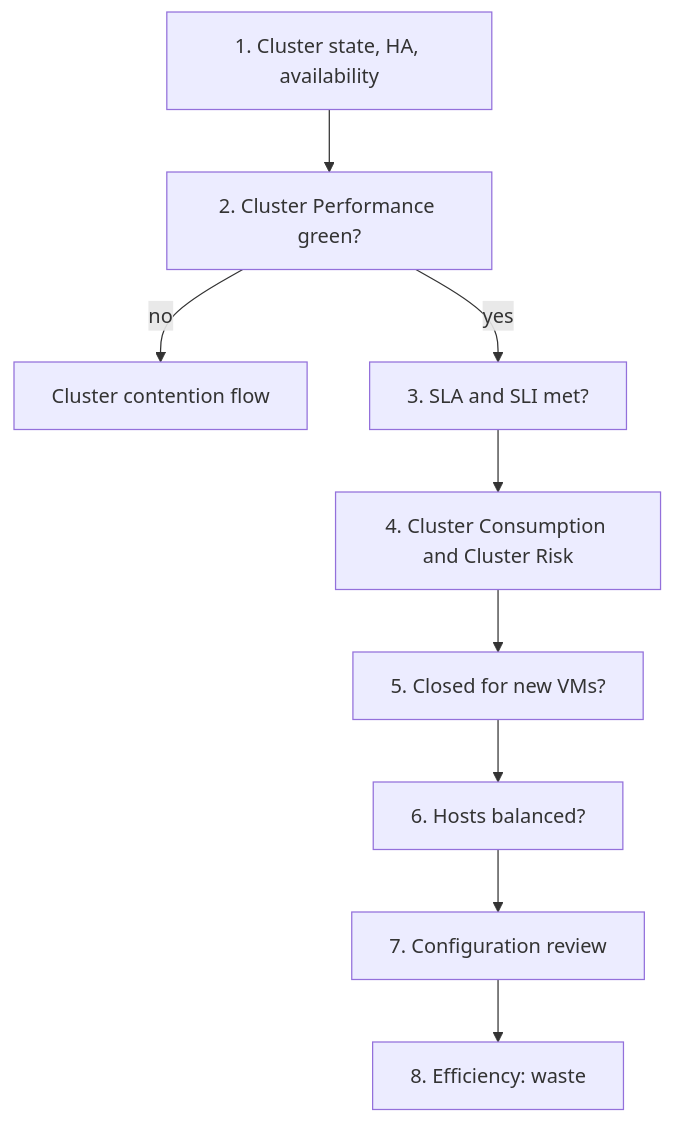
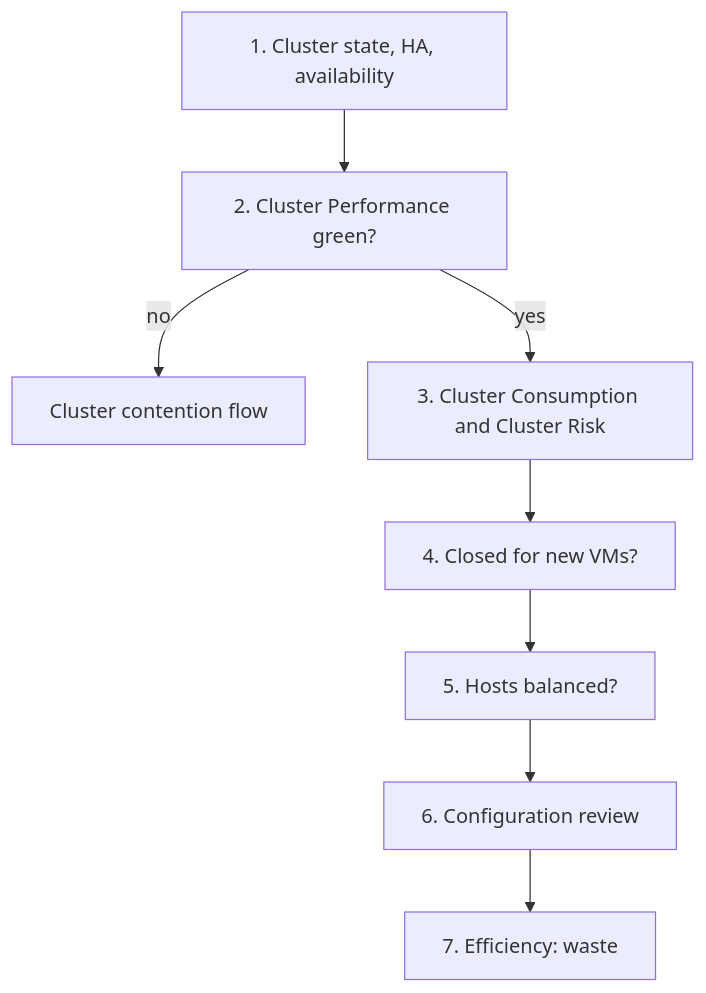
The diagram in knowledge/vsphere/object-types/cluster/health-check/cluster-health-check.md (e1-rahabok/agent-e2), drawn with Mermaid before and after one commit. The commit also changed other lines of this file and 60 other files, not shown here.

First line of the commit message:
Remove SLA and SLI from performance monitoring and troubleshooting

````diff
--- a/knowledge/vsphere/object-types/cluster/health-check/cluster-health-check.md
+++ b/knowledge/vsphere/object-types/cluster/health-check/cluster-health-check.md
@@ -11,11 +11,10 @@
 ```mermaid
 flowchart TD
   S1[1. Cluster state, HA, availability] --> S2[2. Cluster Performance green?]
   S2 -->|no| T2[Cluster contention flow]
-  S2 -->|yes| S3[3. SLA and SLI met?]
-  S3 --> S4[4. Cluster Consumption and Cluster Risk]
-  S4 --> S5[5. Closed for new VMs?]
-  S5 --> S6[6. Hosts balanced?]
-  S6 --> S7[7. Configuration review]
-  S7 --> S8[8. Efficiency: waste]
+  S2 -->|yes| S3[3. Cluster Consumption and Cluster Risk]
+  S3 --> S4[4. Closed for new VMs?]
+  S4 --> S5[5. Hosts balanced?]
+  S5 --> S6[6. Configuration review]
+  S6 --> S7[7. Efficiency: waste]
 ```
````
